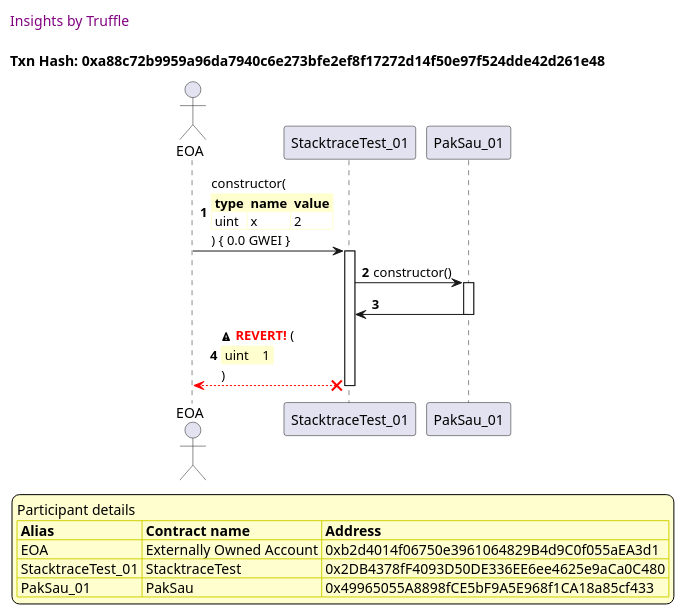
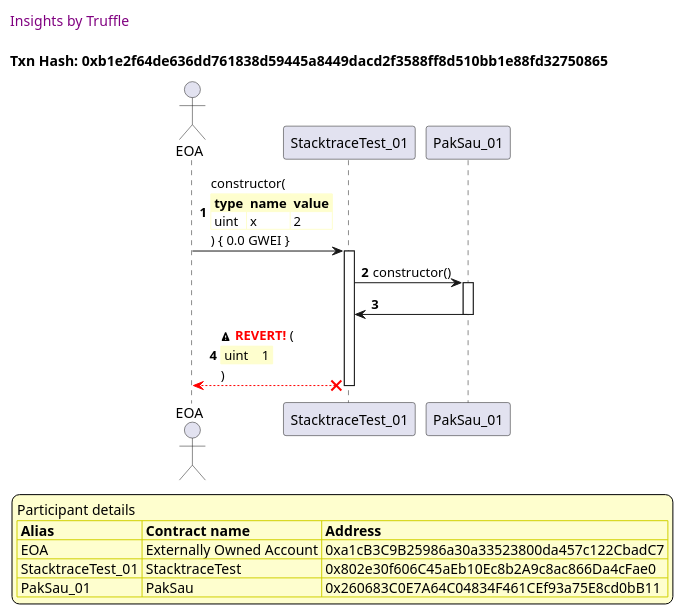
Before and after one commit to trufflesuite/txlog-seedlings: the ninth of 10 diagrams in truffle-seq/stacktrace.test.md, drawn with PlantUML. The commit also changed other lines of this file and 8 other files, not shown here.

````diff
--- a/truffle-seq/stacktrace.test.md
+++ b/truffle-seq/stacktrace.test.md
@@ -530,47 +530,47 @@
 ```plantuml
 
 
 @startuml
 
 autonumber
 skinparam legendBackgroundColor #FEFECE
 
 <style>
       header {
         HorizontalAlignment left
         FontColor purple
         FontSize 14
         Padding 10
       }
     </style>
 
 header Insights by Truffle
 
-title Txn Hash: 0xa88c72b9959a96da7940c6e273bfe2ef8f17272d14f50e97f524dde42d261e48
+title Txn Hash: 0xb1e2f64de636dd761838d59445a8449dacd2f3588ff8d510bb1e88fd32750865
 
 
 actor EOA as "EOA"
 participant StacktraceTest_01 as "StacktraceTest_01"
 participant PakSau_01 as "PakSau_01"
 
 "EOA" -> "StacktraceTest_01" ++: constructor(\n\
 <#FEFECE,#FEFECE>|= type |= name |= value |\n\
 | uint | x | 2 |\n\
 ) { 0.0 GWEI }
 "StacktraceTest_01" -> "PakSau_01" ++: constructor()
 "PakSau_01" -> "StacktraceTest_01" --: 
 "StacktraceTest_01" x-[#red]-> "EOA" --: <&warning> <color #red>**REVERT!**</color> (\n\
 <#FEFECE,#FEFECE>| uint |  | 1 |\n\
 )
 deactivate "StacktraceTest_01"
 
 legend
 Participant details
 <#FEFECE,#D0D000>|= Alias |= Contract name |= Address |
-<#FEFECE>| EOA | Externally Owned Account | 0xb2d4014f06750e3961064829B4d9C0f055aEA3d1 |
-<#FEFECE>| StacktraceTest_01 | StacktraceTest | 0x2DB4378fF4093D50DE336EE6ee4625e9aCa0C480 |
-<#FEFECE>| PakSau_01 | PakSau | 0x49965055A8898fCE5bF9A5E968f1CA18a85cf433 |
+<#FEFECE>| EOA | Externally Owned Account | 0xa1cB3C9B25986a30a33523800da457c122CbadC7 |
+<#FEFECE>| StacktraceTest_01 | StacktraceTest | 0x802e30f606C45aEb10Ec8b2A9c8ac866Da4cFae0 |
+<#FEFECE>| PakSau_01 | PakSau | 0x260683C0E7A64C04834F461CEf93a75E8cd0bB11 |
 endlegend
 
 @enduml
 ```
````
